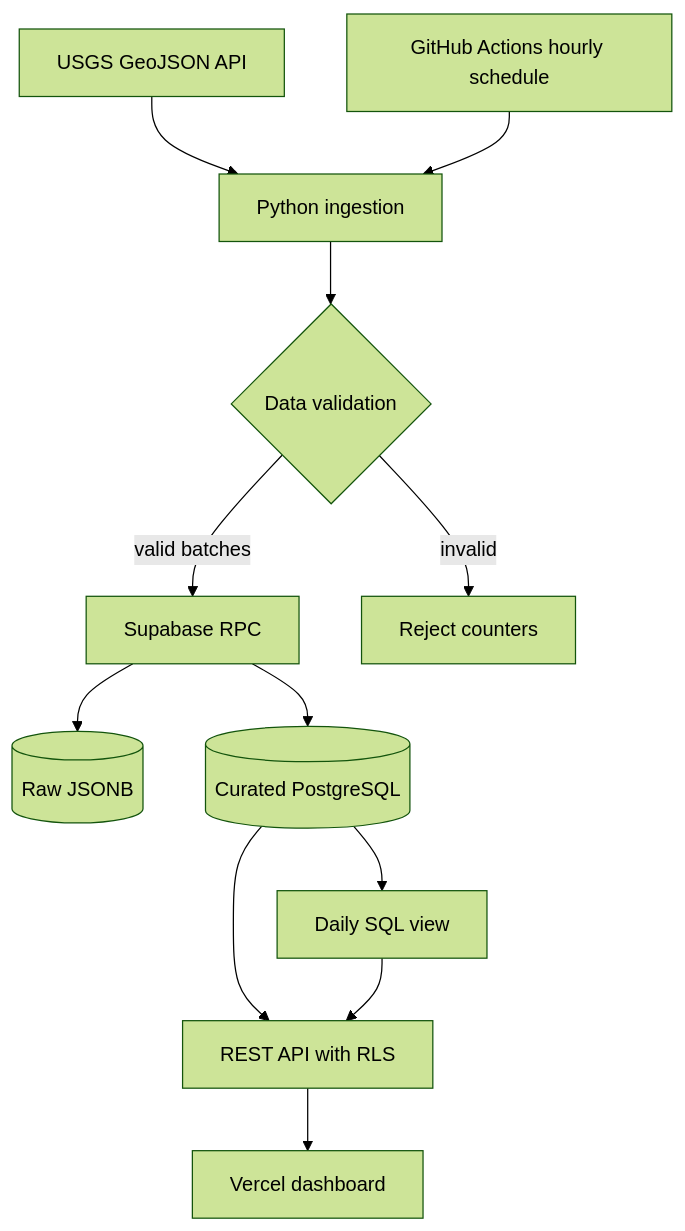
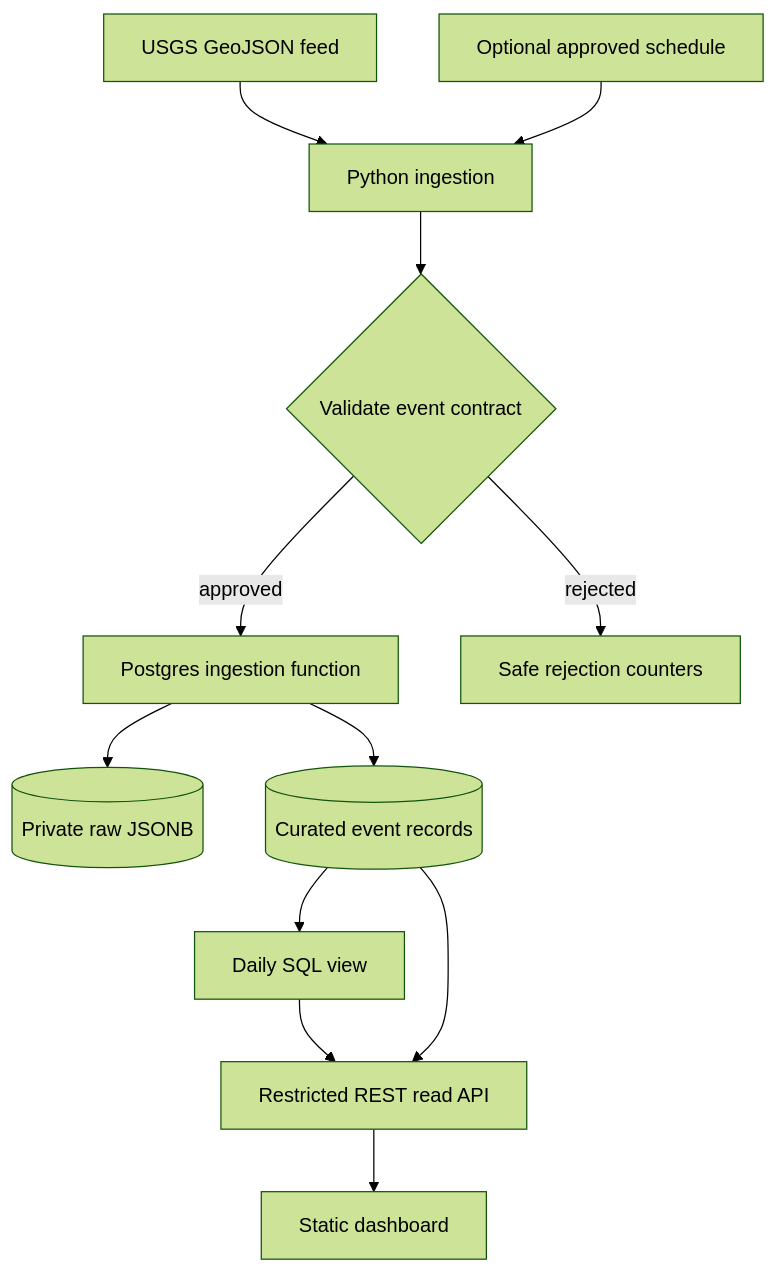
One commit to MeiRR17/data-engineering-mastery changed the diagram in projects/datapulse/README.md. Above: the diagram before and after it, drawn with Mermaid (forest theme). The commit also changed other lines of this file and 82 other files, not shown here.

````diff
--- a/projects/datapulse/README.md
+++ b/projects/datapulse/README.md
@@ -19,14 +17,14 @@
-```mermaid
+~~~mermaid
 flowchart TD
-    A[USGS GeoJSON API] --> B[Python ingestion]
-    B --> C{Data validation}
-    C -->|valid batches| D[Supabase RPC]
-    C -->|invalid| E[Reject counters]
-    D --> F[(Raw JSONB)]
-    D --> G[(Curated PostgreSQL)]
-    G --> H[Daily SQL view]
-    G --> I[REST API with RLS]
-    H --> I
-    I --> J[Vercel dashboard]
-    K[GitHub Actions hourly schedule] --> B
-```
+  A[USGS GeoJSON feed] --> B[Python ingestion]
+  B --> C{Validate event contract}
+  C -->|approved| D[Postgres ingestion function]
+  C -->|rejected| E[Safe rejection counters]
+  D --> F[(Private raw JSONB)]
+  D --> G[(Curated event records)]
+  G --> H[Daily SQL view]
+  H --> I[Restricted REST read API]
+  G --> I
+  I --> J[Static dashboard]
+  K[Optional approved schedule] --> B
+~~~
````
